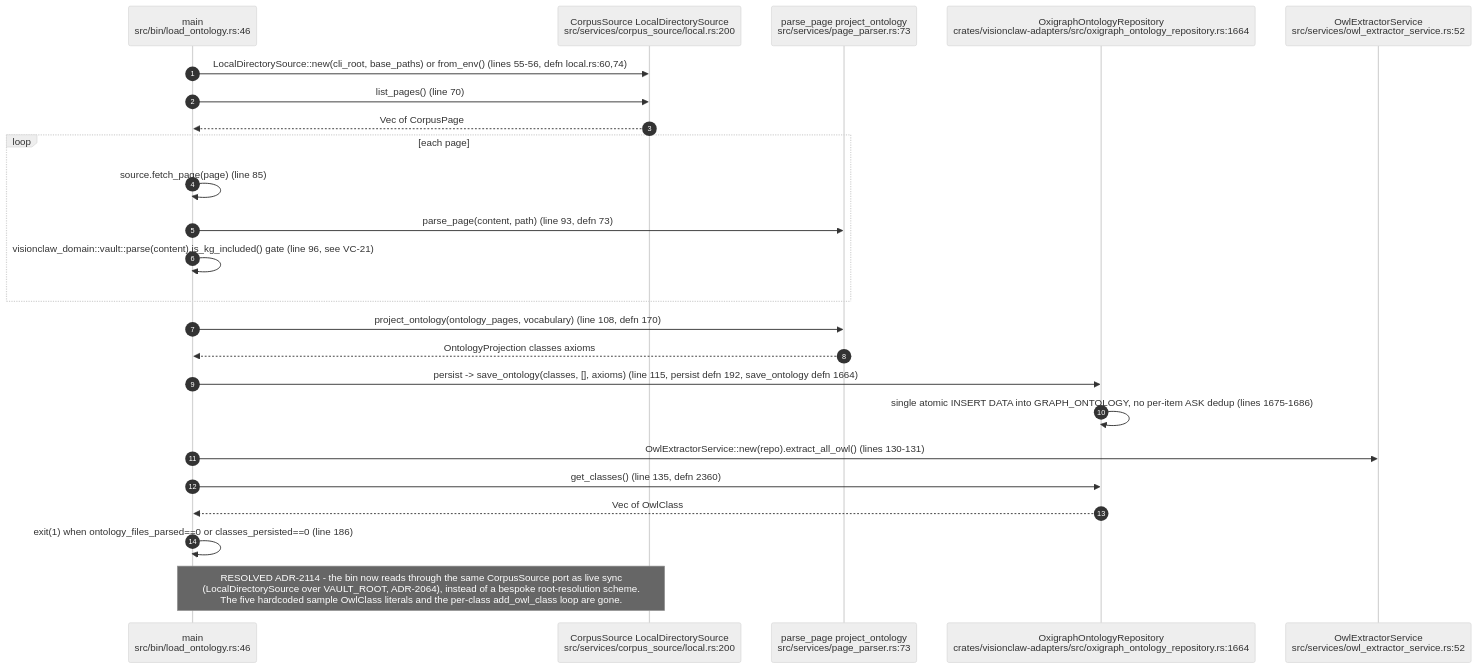
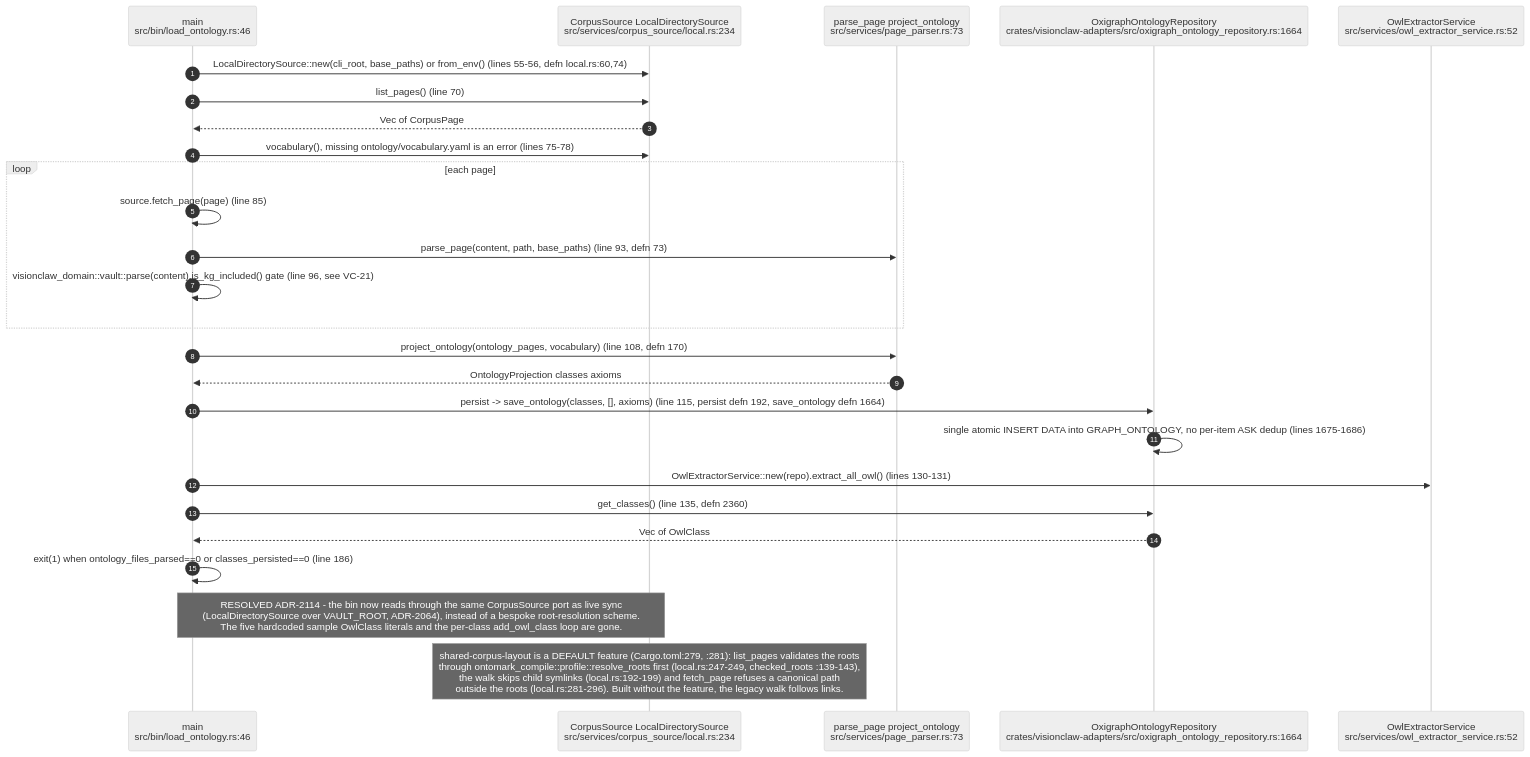
The first of 11 diagrams in docs/diagrams/visionclaw/20-ontology-pipeline-oxigraph-whelk.md (DreamLab-AI/VisionFlow), drawn with Mermaid (neutral theme) before and after one commit. The commit also changed other lines of this file and 173 other files, not shown here.

````diff
--- a/docs/diagrams/visionclaw/20-ontology-pipeline-oxigraph-whelk.md
+++ b/docs/diagrams/visionclaw/20-ontology-pipeline-oxigraph-whelk.md
@@ -55,27 +58,29 @@
 ```mermaid
 sequenceDiagram
     autonumber
     participant Bin as main<br/>src/bin/load_ontology.rs:46
-    participant Src as CorpusSource LocalDirectorySource<br/>src/services/corpus_source/local.rs:200
+    participant Src as CorpusSource LocalDirectorySource<br/>src/services/corpus_source/local.rs:234
     participant Parser as parse_page project_ontology<br/>src/services/page_parser.rs:73
     participant Repo as OxigraphOntologyRepository<br/>crates/visionclaw-adapters/src/oxigraph_ontology_repository.rs:1664
     participant Extr as OwlExtractorService<br/>src/services/owl_extractor_service.rs:52
 
     Bin->>Src: LocalDirectorySource::new(cli_root, base_paths) or from_env() (lines 55-56, defn local.rs:60,74)
     Bin->>Src: list_pages() (line 70)
     Src-->>Bin: Vec of CorpusPage
+    Bin->>Src: vocabulary(), missing ontology/vocabulary.yaml is an error (lines 75-78)
     loop each page
         Bin->>Bin: source.fetch_page(page) (line 85)
-        Bin->>Parser: parse_page(content, path) (line 93, defn 73)
+        Bin->>Parser: parse_page(content, path, base_paths) (line 93, defn 73)
         Bin->>Bin: visionclaw_domain::vault::parse(content).is_kg_included() gate (line 96, see VC-21)
     end
     Bin->>Parser: project_ontology(ontology_pages, vocabulary) (line 108, defn 170)
     Parser-->>Bin: OntologyProjection classes axioms
     Bin->>Repo: persist -> save_ontology(classes, [], axioms) (line 115, persist defn 192, save_ontology defn 1664)
     Repo->>Repo: single atomic INSERT DATA into GRAPH_ONTOLOGY, no per-item ASK dedup (lines 1675-1686)
     Bin->>Extr: OwlExtractorService::new(repo).extract_all_owl() (lines 130-131)
     Bin->>Repo: get_classes() (line 135, defn 2360)
     Repo-->>Bin: Vec of OwlClass
     Bin->>Bin: exit(1) when ontology_files_parsed==0 or classes_persisted==0 (line 186)
     Note over Bin,Src: RESOLVED ADR-2114 - the bin now reads through the same CorpusSource port as live sync<br/>(LocalDirectorySource over VAULT_ROOT, ADR-2064), instead of a bespoke root-resolution scheme.<br/>The five hardcoded sample OwlClass literals and the per-class add_owl_class loop are gone.
+    Note over Src: shared-corpus-layout is a DEFAULT feature (Cargo.toml:279, :281): list_pages validates the roots<br/>through ontomark_compile::profile::resolve_roots first (local.rs:247-249, checked_roots :139-143),<br/>the walk skips child symlinks (local.rs:192-199) and fetch_page refuses a canonical path<br/>outside the roots (local.rs:281-296). Built without the feature, the legacy walk follows links.
 ```
````
